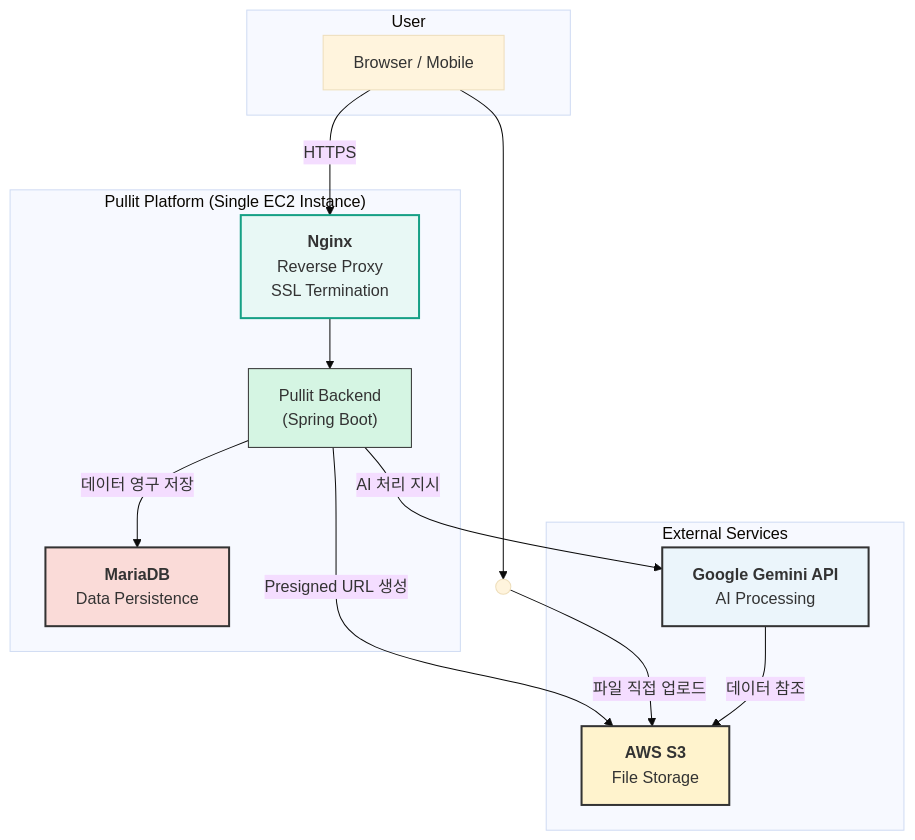
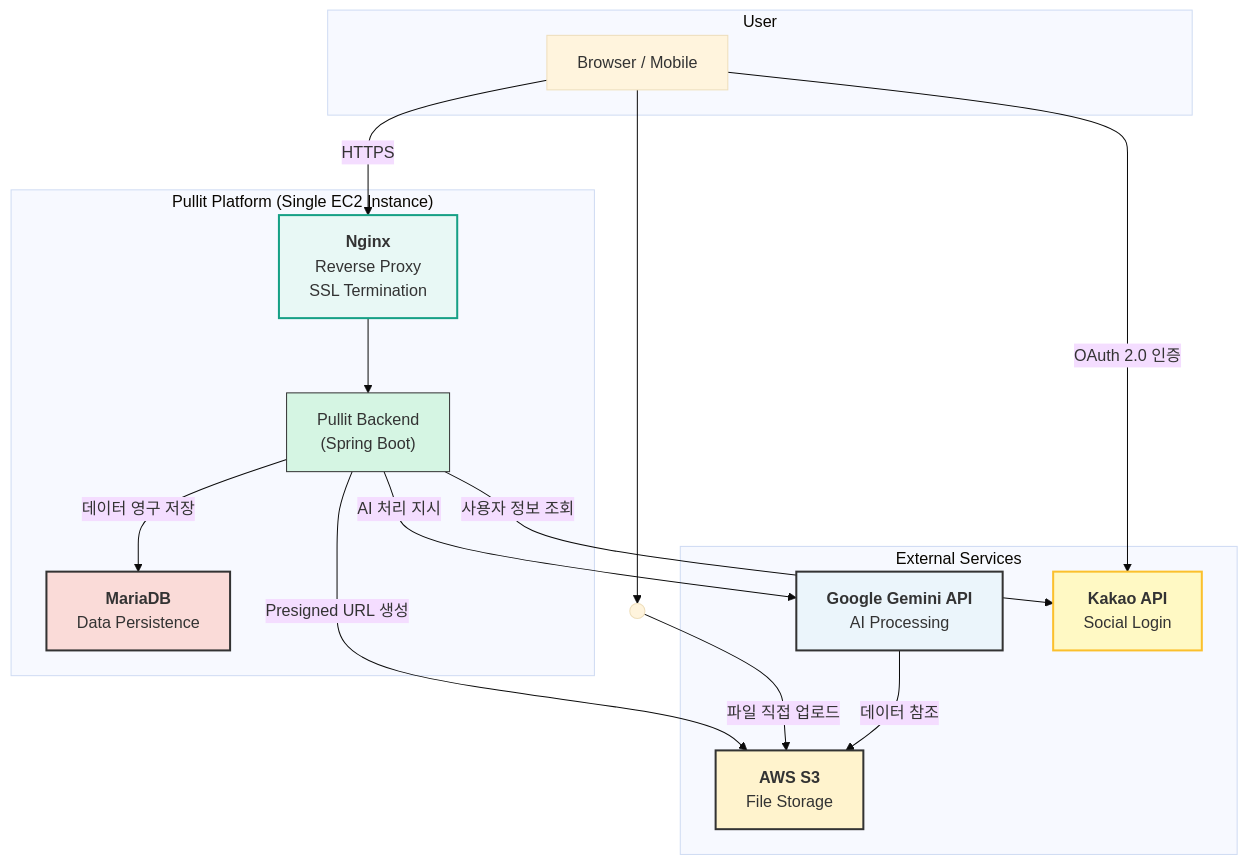
The diagram in public/content/backend/architecture.md (Hyeonjun0527/pullit-docs-server), drawn with Mermaid (base theme) before and after one commit. The commit also changed other lines of this file, not shown here.

Commit message:
잘됨

````diff
--- a/public/content/backend/architecture.md
+++ b/public/content/backend/architecture.md
@@ -9,38 +9,43 @@
 ```mermaid
 graph TD
     subgraph "User"
         Client["Browser / Mobile"]
     end
 
     subgraph "Pullit Platform (Single EC2 Instance)"
         Nginx["<b>Nginx</b><br>Reverse Proxy<br>SSL Termination"]
         Backend["Pullit Backend<br>(Spring Boot)"]
         DB["<b>MariaDB</b><br>Data Persistence"]
 
         Nginx --> Backend
     end
 
     subgraph "External Services"
         S3["<b>AWS S3</b><br>File Storage"]
         Gemini["<b>Google Gemini API</b><br>AI Processing"]
+        Kakao["<b>Kakao API</b><br>Social Login"]
     end
 
     %% Interactions
     Client -- "HTTPS" --> Nginx
 
     Backend -- "Presigned URL 생성" --> S3
     Client --> S3_Upload(( ))
     S3_Upload -- "파일 직접 업로드" --> S3
 
     Backend -- "AI 처리 지시" --> Gemini
     Backend -- "데이터 영구 저장" --> DB
 
     Gemini -- "데이터 참조" --> S3
 
+    Client -- "OAuth 2.0 인증" --> Kakao
+    Backend -- "사용자 정보 조회" --> Kakao
+
     %% Styling
     style Nginx fill:#E8F8F5,stroke:#16A085,stroke-width:2px
     style Backend fill:#D5F5E3,stroke:#333,stroke-width:1px
     style S3 fill:#FFF3CD,stroke:#333,stroke-width:2px
     style Gemini fill:#EBF5FB,stroke:#333,stroke-width:2px
     style DB fill:#FADBD8,stroke:#333,stroke-width:2px
+    style Kakao fill:#FFF9C4,stroke:#FBC02D,stroke-width:2px
 ```
````
